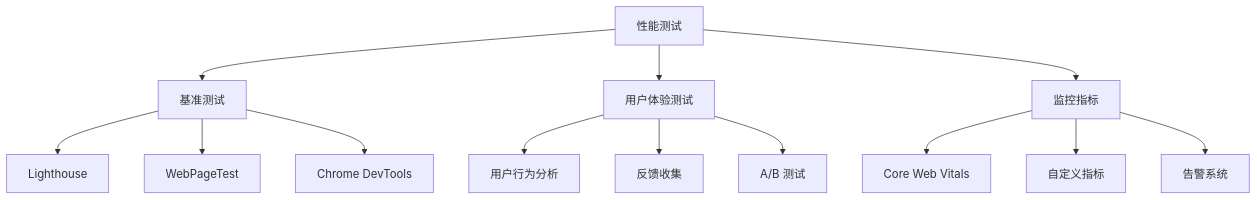
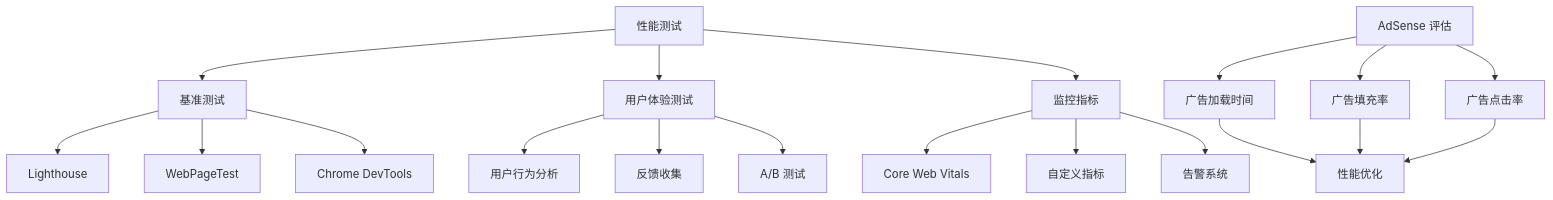
Diagram 20 of 21 in .qoder/repowiki/zh/content/部署指南.md (mrancc/reimagined-journey), drawn with Mermaid before and after one commit. The commit also changed other lines of this file and 3 other files, not shown here.

````diff
--- a/.qoder/repowiki/zh/content/部署指南.md
+++ b/.qoder/repowiki/zh/content/部署指南.md
@@ -513,15 +655,21 @@
 ```mermaid
 graph TB
 A[性能测试] --> B[基准测试]
 A --> C[用户体验测试]
 A --> D[监控指标]
 B --> E[Lighthouse]
 B --> F[WebPageTest]
 B --> G[Chrome DevTools]
 C --> H[用户行为分析]
 C --> I[反馈收集]
 C --> J[A/B 测试]
 D --> K[Core Web Vitals]
 D --> L[自定义指标]
 D --> M[告警系统]
+N[AdSense 评估] --> O[广告加载时间]
+N --> P[广告填充率]
+N --> Q[广告点击率]
+O --> R[性能优化]
+P --> R
+Q --> R
 ```
````
